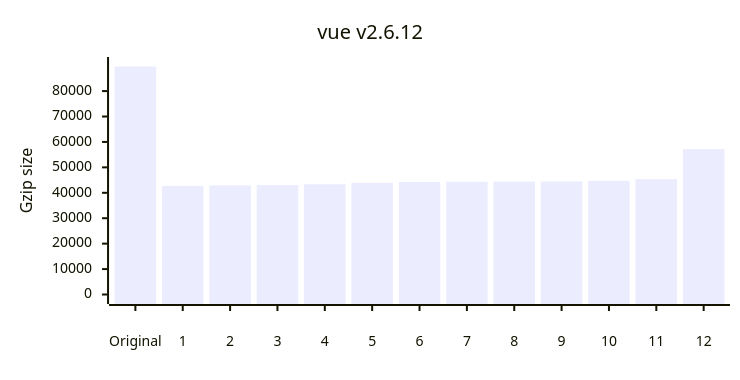
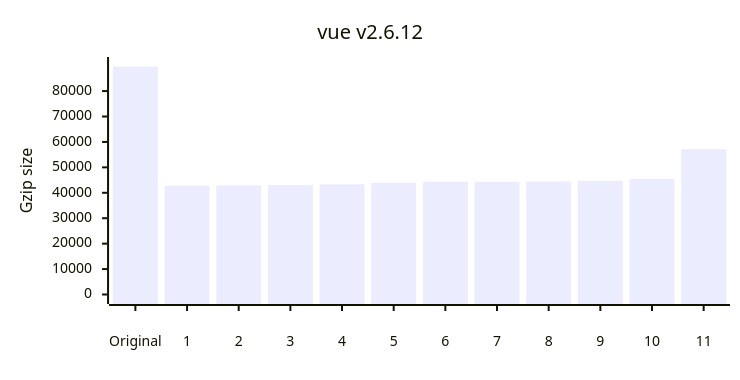
One commit to privatenumber/minification-benchmarks changed the fourth of 12 diagrams in README.md. Above: the diagram before and after it, drawn with Mermaid. The commit also changed other lines of this file and 1 other file, not shown here.

````diff
--- a/README.md
+++ b/README.md
@@ -197,17 +197,17 @@
 ```mermaid
 ---
 config:
     xyChart:
         width: 720
         height: 360
         xAxis:
             labelPadding: 20
         yAxis:
             labelPadding: 10
 ---
 xychart-beta
 	title "vue v2.6.12"
-	x-axis ["Original",1,2,3,4,5,6,7,8,9,10,11,12]
+	x-axis ["Original",1,2,3,4,5,6,7,8,9,10,11]
 	y-axis "Gzip size" 0 --> 89668
-	bar [89668,42727,42919,43036,43357,43925,44230,44358,44368,44450,44679,45400,57169]
+	bar [89668,42727,42919,43036,43357,43925,44358,44368,44450,44679,45400,57169]
 ```
````
